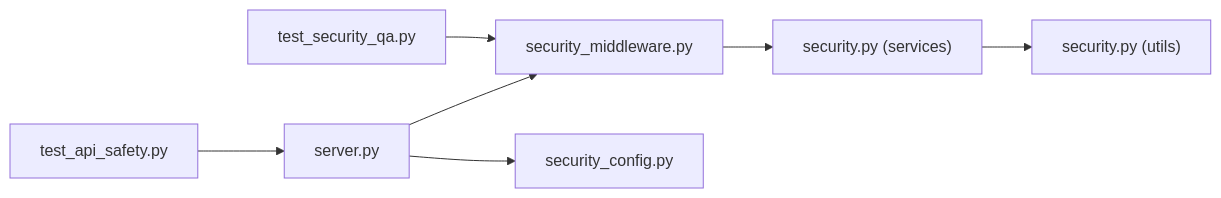
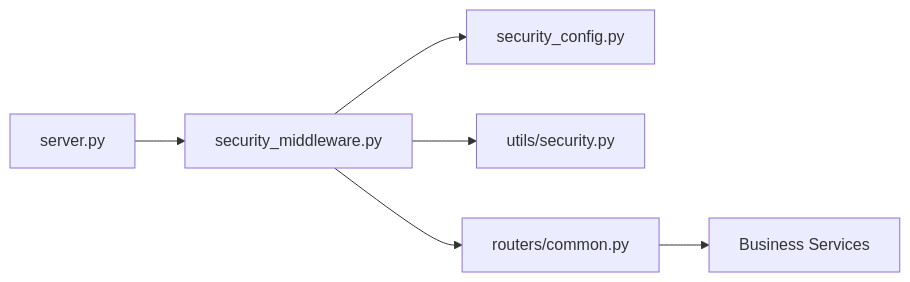
Before and after one commit to Sifr-r/LocalDeepL: the fourth of 4 diagrams in .qoder/repowiki/en/content/API Reference/Authentication & Security.md, drawn with Mermaid. The commit also changed other lines of this file and 246 other files, not shown here.

````diff
--- a/.qoder/repowiki/en/content/API Reference/Authentication & Security.md
+++ b/.qoder/repowiki/en/content/API Reference/Authentication & Security.md
@@ -242,9 +229,8 @@
 ```mermaid
 graph LR
-SRV["server.py"] --> MW["security_middleware.py"]
-SRV --> CFG["security_config.py"]
-MW --> SVC["security.py (services)"]
-SVC --> UTI["security.py (utils)"]
-TQA["test_security_qa.py"] --> MW
-TSF["test_api_safety.py"] --> SRV
+Server["server.py"] --> Middleware["security_middleware.py"]
+Middleware --> Config["security_config.py"]
+Middleware --> Utils["utils/security.py"]
+Middleware --> Router["routers/common.py"]
+Router --> Services["Business Services"]
 ```
````
